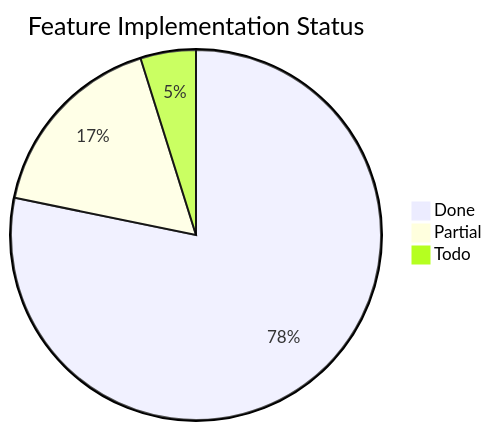
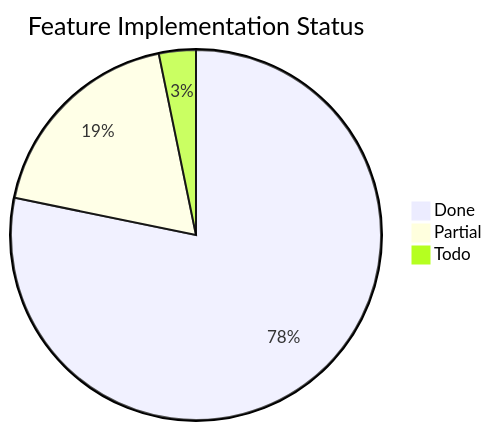
One commit to Papyrine/Morph changed the third of 3 diagrams in docs/word-features.md. Above: the diagram before and after it, drawn with Mermaid. The commit also changed other lines of this file and 3 other files, not shown here.

````diff
--- a/docs/word-features.md
+++ b/docs/word-features.md
@@ -1945,6 +1950,6 @@
 ```mermaid
 pie title Feature Implementation Status
     "Done" : 97
-    "Partial" : 21
-    "Todo" : 6
+    "Partial" : 23
+    "Todo" : 4
 ```
````
